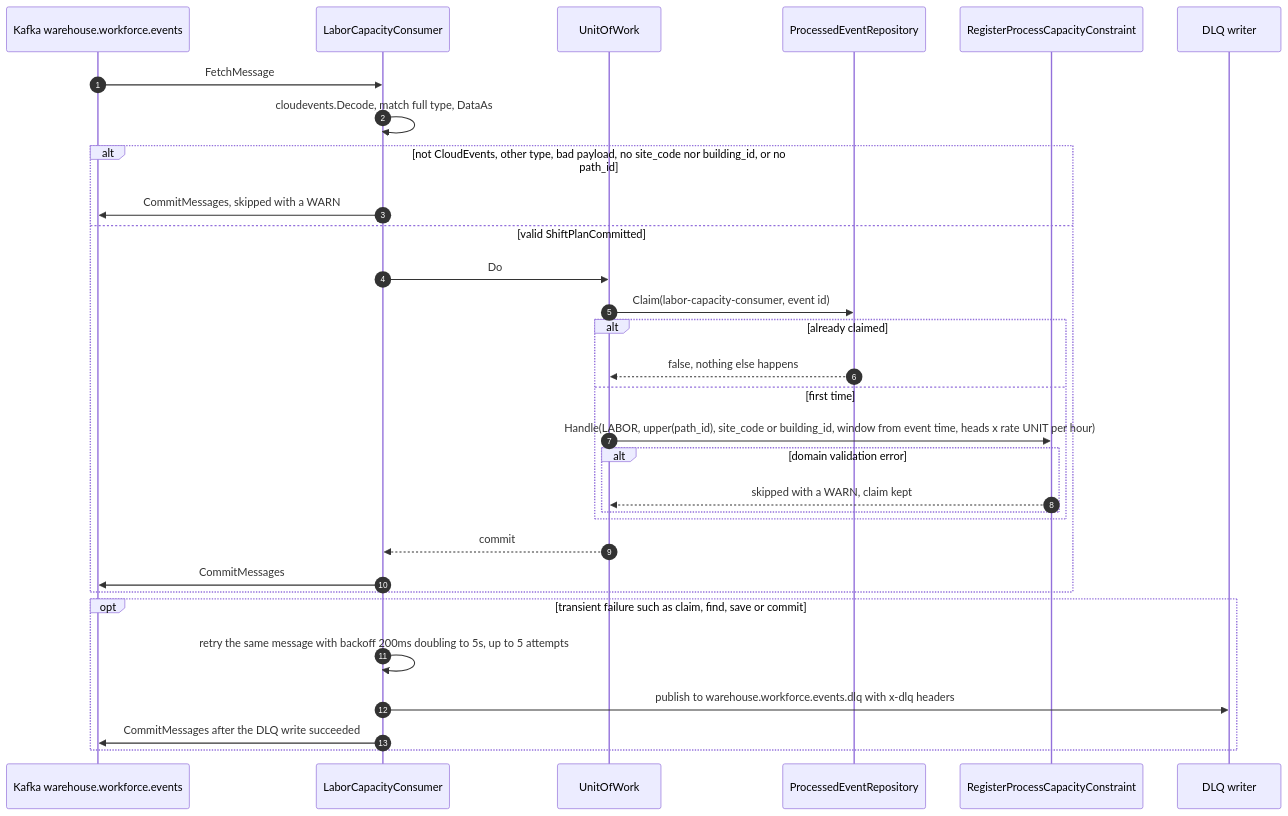
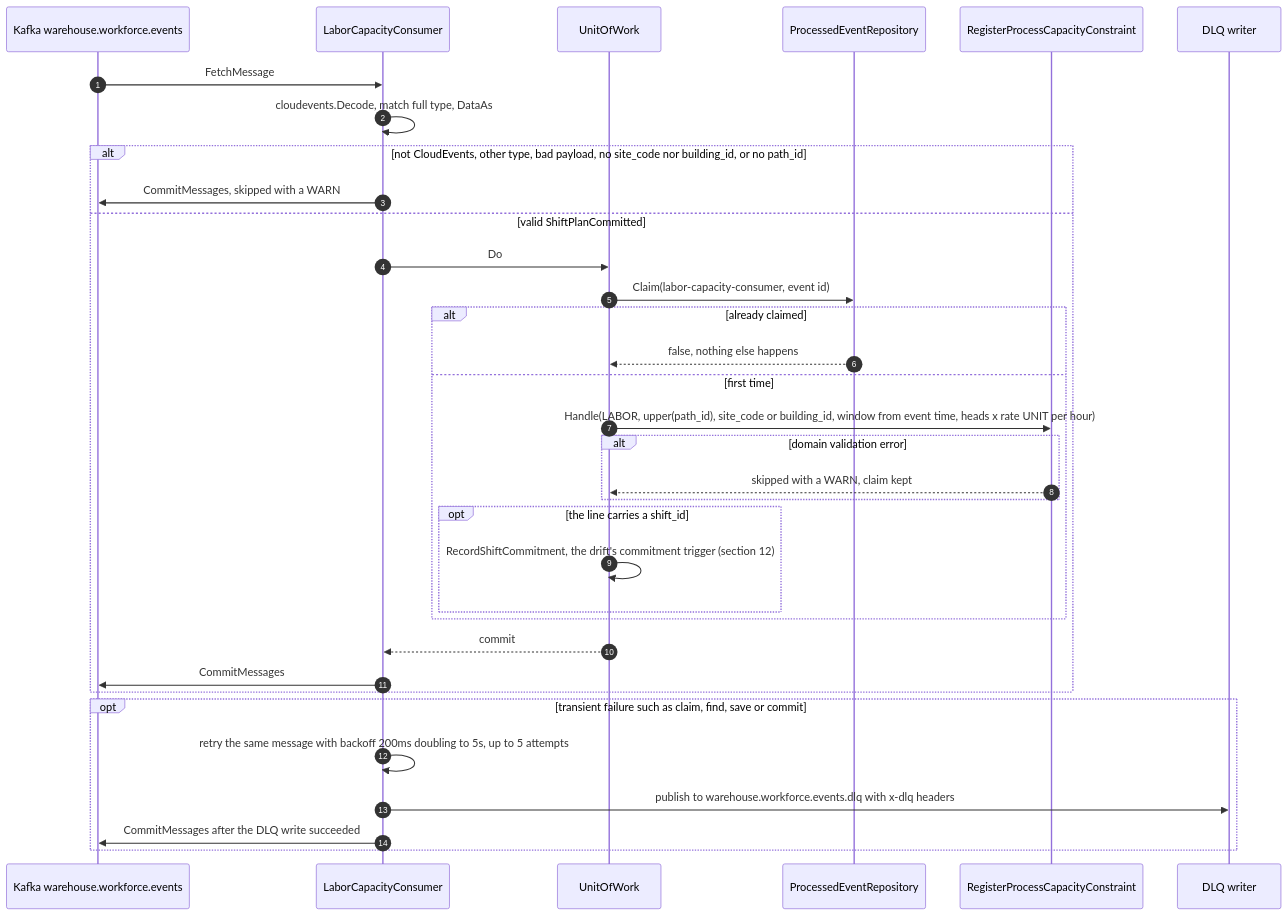
Before and after one commit to IQVO/warehouse-planning: the second of 12 diagrams in docs/docs/ddd/sequence-diagrams.md, drawn with Mermaid. The commit also changed other lines of this file and 10 other files, not shown here.

````diff
--- a/docs/docs/ddd/sequence-diagrams.md
+++ b/docs/docs/ddd/sequence-diagrams.md
@@ -69,33 +70,36 @@
 ```mermaid
 sequenceDiagram
   autonumber
   participant K as Kafka warehouse.workforce.events
   participant L as LaborCapacityConsumer
   participant U as UnitOfWork
   participant P as ProcessedEventRepository
   participant UC as RegisterProcessCapacityConstraint
   participant D as DLQ writer
   K->>L: FetchMessage
   L->>L: cloudevents.Decode, match full type, DataAs
   alt not CloudEvents, other type, bad payload, no site_code nor building_id, or no path_id
     L->>K: CommitMessages, skipped with a WARN
   else valid ShiftPlanCommitted
     L->>U: Do
     U->>P: Claim(labor-capacity-consumer, event id)
     alt already claimed
       P-->>U: false, nothing else happens
     else first time
       U->>UC: Handle(LABOR, upper(path_id), site_code or building_id, window from event time, heads x rate UNIT per hour)
       alt domain validation error
         UC-->>U: skipped with a WARN, claim kept
       end
+      opt the line carries a shift_id
+        U->>U: RecordShiftCommitment, the drift's commitment trigger (section 12)
+      end
     end
     U-->>L: commit
     L->>K: CommitMessages
   end
   opt transient failure such as claim, find, save or commit
     L->>L: retry the same message with backoff 200ms doubling to 5s, up to 5 attempts
     L->>D: publish to warehouse.workforce.events.dlq with x-dlq headers
     L->>K: CommitMessages after the DLQ write succeeded
   end
 ```
````
